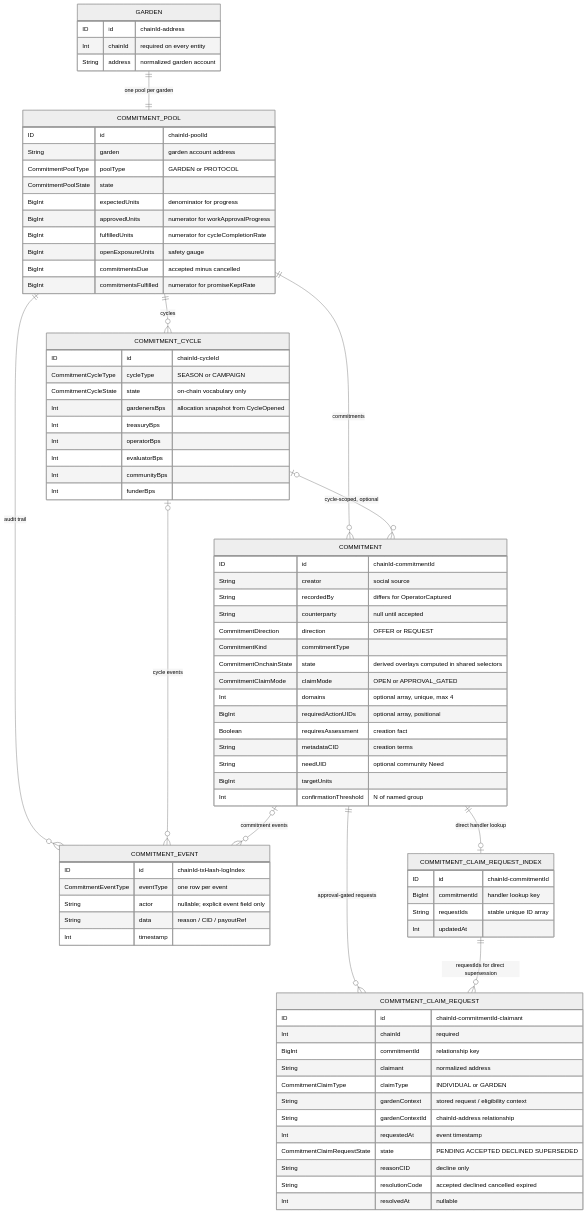
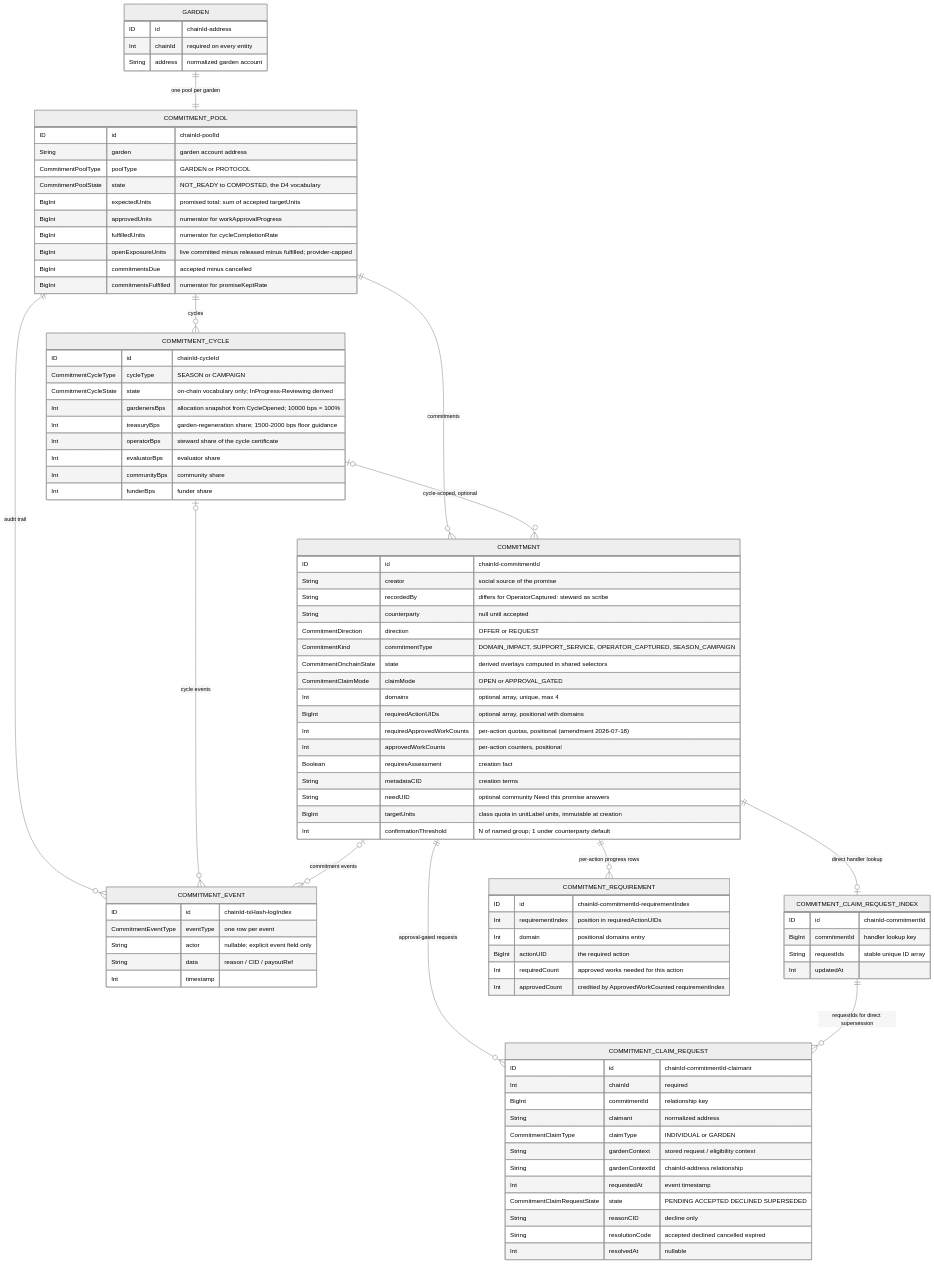
One commit to greenpill-dev-guild/green-goods changed diagram 11 of 18 in .plans/active/commitment-pooling/diagrams.md. Above: the diagram before and after it, drawn with Mermaid (neutral theme). The commit also changed other lines of this file and 20 other files, not shown here.

```diff
--- a/.plans/active/commitment-pooling/diagrams.md
+++ b/.plans/active/commitment-pooling/diagrams.md
@@ -387,6 +484,7 @@
   COMMITMENT ||--o{ COMMITMENT_CLAIM_REQUEST : "approval-gated requests"
   COMMITMENT ||--o| COMMITMENT_CLAIM_REQUEST_INDEX : "direct handler lookup"
   COMMITMENT_CLAIM_REQUEST_INDEX ||--o{ COMMITMENT_CLAIM_REQUEST : "requestIds for direct supersession"
+  COMMITMENT ||--o{ COMMITMENT_REQUIREMENT : "per-action progress rows"
 
   GARDEN {
     ID id "chainId-address"
@@ -398,41 +496,51 @@
     ID id "chainId-poolId"
     String garden "garden account address"
     CommitmentPoolType poolType "GARDEN or PROTOCOL"
-    CommitmentPoolState state
-    BigInt expectedUnits "denominator for progress"
+    CommitmentPoolState state "NOT_READY to COMPOSTED, the D4 vocabulary"
+    BigInt expectedUnits "promised total: sum of accepted targetUnits"
     BigInt approvedUnits "numerator for workApprovalProgress"
     BigInt fulfilledUnits "numerator for cycleCompletionRate"
-    BigInt openExposureUnits "safety gauge"
+    BigInt openExposureUnits "live committed minus released minus fulfilled; provider-capped"
     BigInt commitmentsDue "accepted minus cancelled"
     BigInt commitmentsFulfilled "numerator for promiseKeptRate"
   }
   COMMITMENT_CYCLE {
     ID id "chainId-cycleId"
     CommitmentCycleType cycleType "SEASON or CAMPAIGN"
-    CommitmentCycleState state "on-chain vocabulary only"
-    Int gardenersBps "allocation snapshot from CycleOpened"
-    Int treasuryBps ""
-    Int operatorBps ""
-    Int evaluatorBps ""
-    Int communityBps ""
-    Int funderBps ""
+    CommitmentCycleState state "on-chain vocabulary only; InProgress-Reviewing derived"
+    Int gardenersBps "allocation snapshot from CycleOpened; 10000 bps = 100%"
+    Int treasuryBps "garden-regeneration share; 1500-2000 bps floor guidance"
+    Int operatorBps "steward share of the cycle certificate"
+    Int evaluatorBps "evaluator share"
+    Int communityBps "community share"
+    Int funderBps "funder share"
   }
   COMMITMENT {
     ID id "chainId-commitmentId"
-    String creator "social source"
-    String recordedBy "differs for OperatorCaptured"
+    String creator "social source of the promise"
+    String recordedBy "differs for OperatorCaptured: steward as scribe"
     String counterparty "null until accepted"
     CommitmentDirection direction "OFFER or REQUEST"
-    CommitmentKind commitmentType
+    CommitmentKind commitmentType "DOMAIN_IMPACT, SUPPORT_SERVICE, OPERATOR_CAPTURED, SEASON_CAMPAIGN"
     CommitmentOnchainState state "derived overlays computed in shared selectors"
     CommitmentClaimMode claimMode "OPEN or APPROVAL_GATED"
     Int domains "optional array, unique, max 4"
-    BigInt requiredActionUIDs "optional array, positional"
+    BigInt requiredActionUIDs "optional array, positional with domains"
+    Int requiredApprovedWorkCounts "per-action quotas, positional (amendment 2026-07-18)"
+    Int approvedWorkCounts "per-action counters, positional"
     Boolean requiresAssessment "creation fact"
     String metadataCID "creation terms"
-    String needUID "optional community Need"
-    BigInt targetUnits ""
-    Int confirmationThreshold "N of named group"
+    String needUID "optional community Need this promise answers"
+    BigInt targetUnits "class quota in unitLabel units, immutable at creation"
+    Int confirmationThreshold "N of named group; 1 under counterparty default"
+  }
+  COMMITMENT_REQUIREMENT {
+    ID id "chainId-commitmentId-requirementIndex"
+    Int requirementIndex "position in requiredActionUIDs"
+    Int domain "positional domains entry"
+    BigInt actionUID "the required action"
+    Int requiredCount "approved works needed for this action"
+    Int approvedCount "credited by ApprovedWorkCounted requirementIndex"
   }
   COMMITMENT_CLAIM_REQUEST {
     ID id "chainId-commitmentId-claimant"
```
